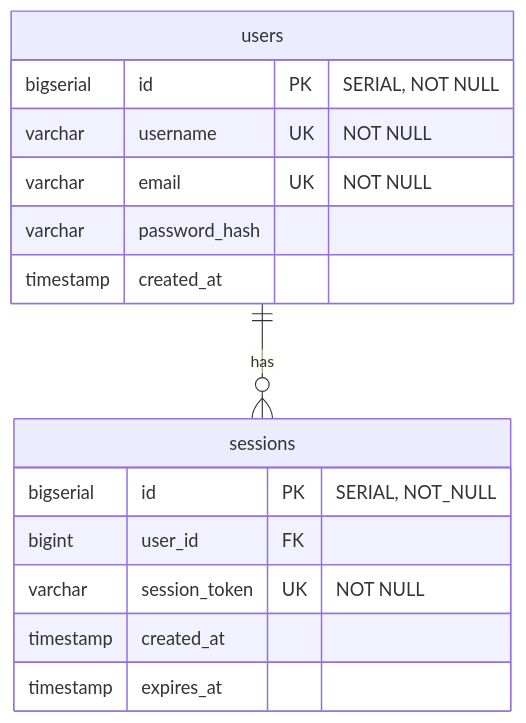
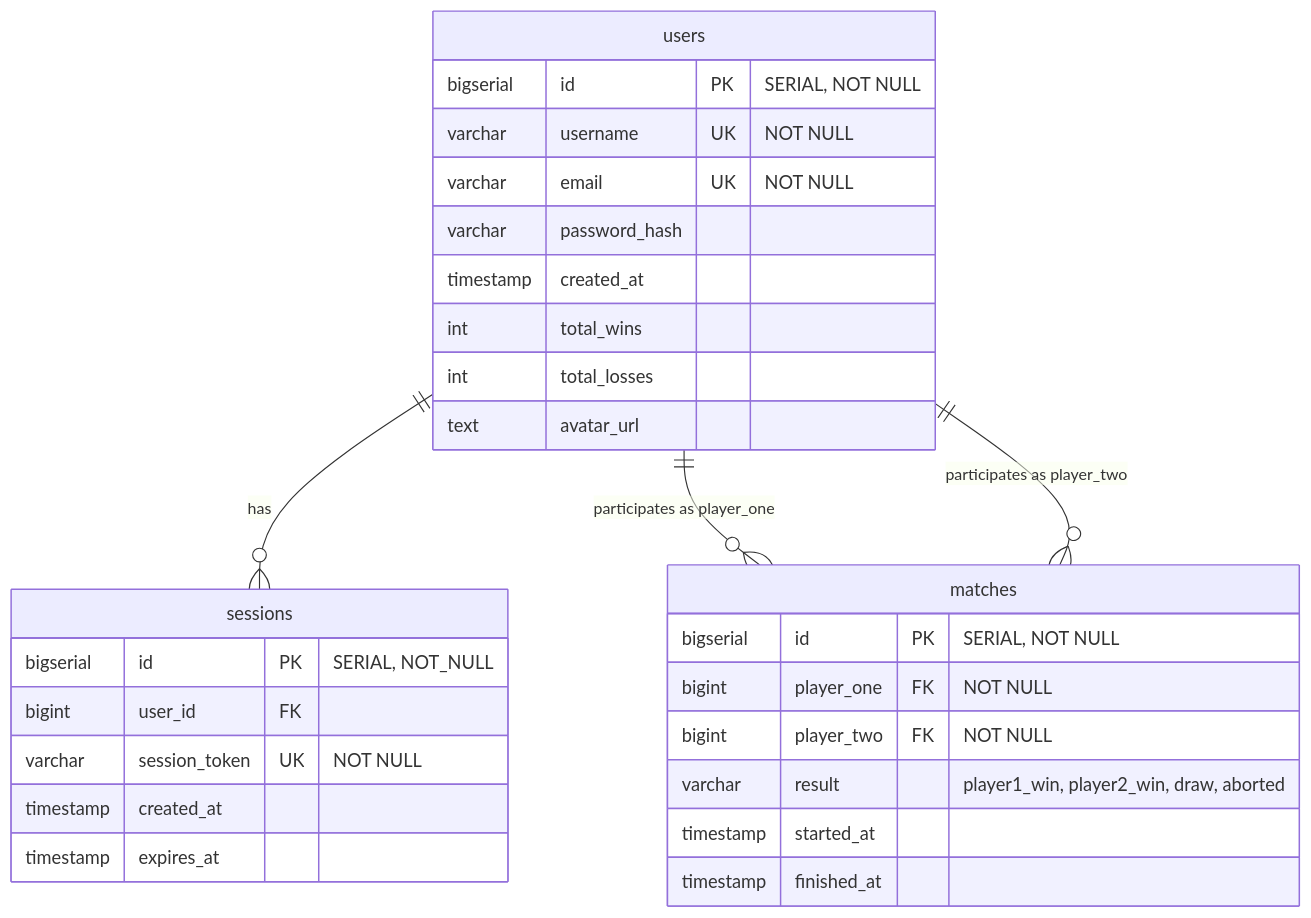
The diagram in README.md (mist-interactive/backend), drawn with Mermaid before and after one commit. The commit also changed other lines of this file, not shown here.

Commit message:
docs(backend): Updated README updated schema, and added endpoint desciptions for `/api/profile` and `/api/match-history`

````diff
--- a/README.md
+++ b/README.md
@@ -46,18 +48,31 @@
 ```mermaid
 erDiagram
     users {
-        bigserial id PK "SERIAL, NOT NULL"
-        varchar username UK "NOT NULL"
-        varchar email UK "NOT NULL"
-        varchar password_hash
-        timestamp created_at
+      bigserial id PK "SERIAL, NOT NULL"
+      varchar username UK "NOT NULL"
+      varchar email UK "NOT NULL"
+      varchar password_hash
+      timestamp created_at
+      int total_wins
+      int total_losses
+      text avatar_url
     }
     sessions {
       bigserial id PK "SERIAL, NOT_NULL"
       bigint user_id FK
       varchar session_token UK "NOT NULL"
       timestamp created_at
       timestamp expires_at
     }
+    matches {
+      bigserial id PK "SERIAL, NOT NULL"
+      bigint player_one FK "NOT NULL"
+      bigint player_two FK "NOT NULL"
+      varchar result "player1_win, player2_win, draw, aborted"
+      timestamp started_at
+      timestamp finished_at
+    }
     users ||--o{ sessions : "has"
+    users ||--o{ matches : "participates as player_one"
+    users ||--o{ matches : "participates as player_two"
 ```
````
